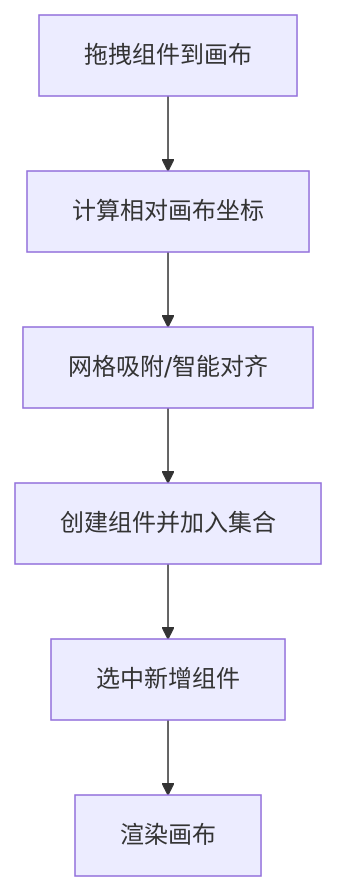
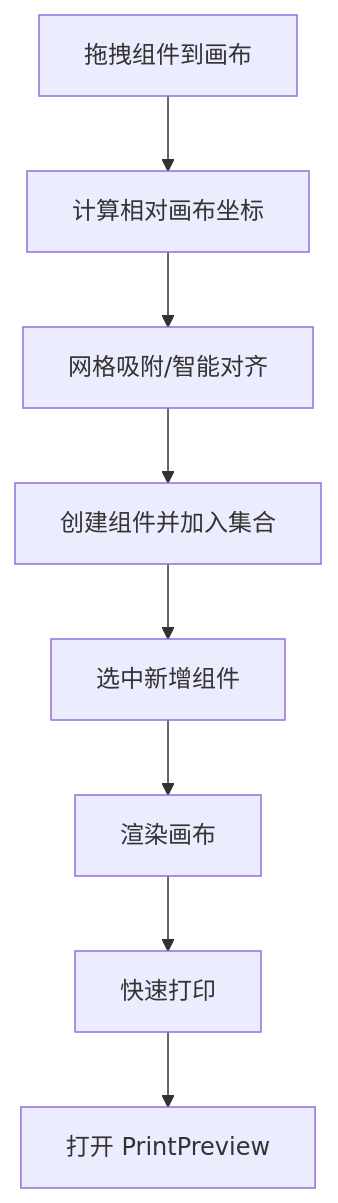
The seventh of 10 diagrams in .qoder/repowiki/zh/content/设计器前端应用/架构设计.md (joker-yjc/printer), drawn with Mermaid before and after one commit. The commit also changed other lines of this file and 4 other files, not shown here.

````diff
--- a/.qoder/repowiki/zh/content/设计器前端应用/架构设计.md
+++ b/.qoder/repowiki/zh/content/设计器前端应用/架构设计.md
@@ -296,8 +351,10 @@
 ```mermaid
 flowchart TD
 Drag["拖拽组件到画布"] --> Calc["计算相对画布坐标"]
 Calc --> Snap["网格吸附/智能对齐"]
 Snap --> Add["创建组件并加入集合"]
 Add --> Select["选中新增组件"]
 Select --> Render["渲染画布"]
+Render --> QuickPrint["快速打印"]
+QuickPrint --> Preview["打开 PrintPreview"]
 ```
````
